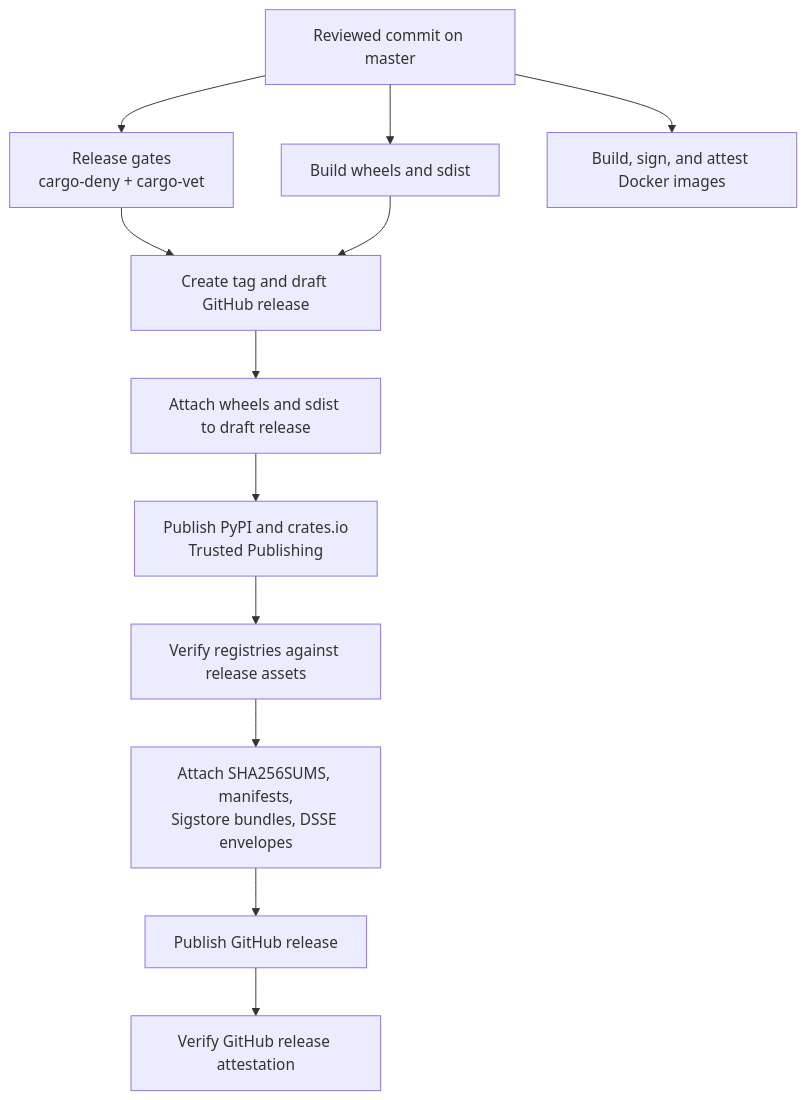
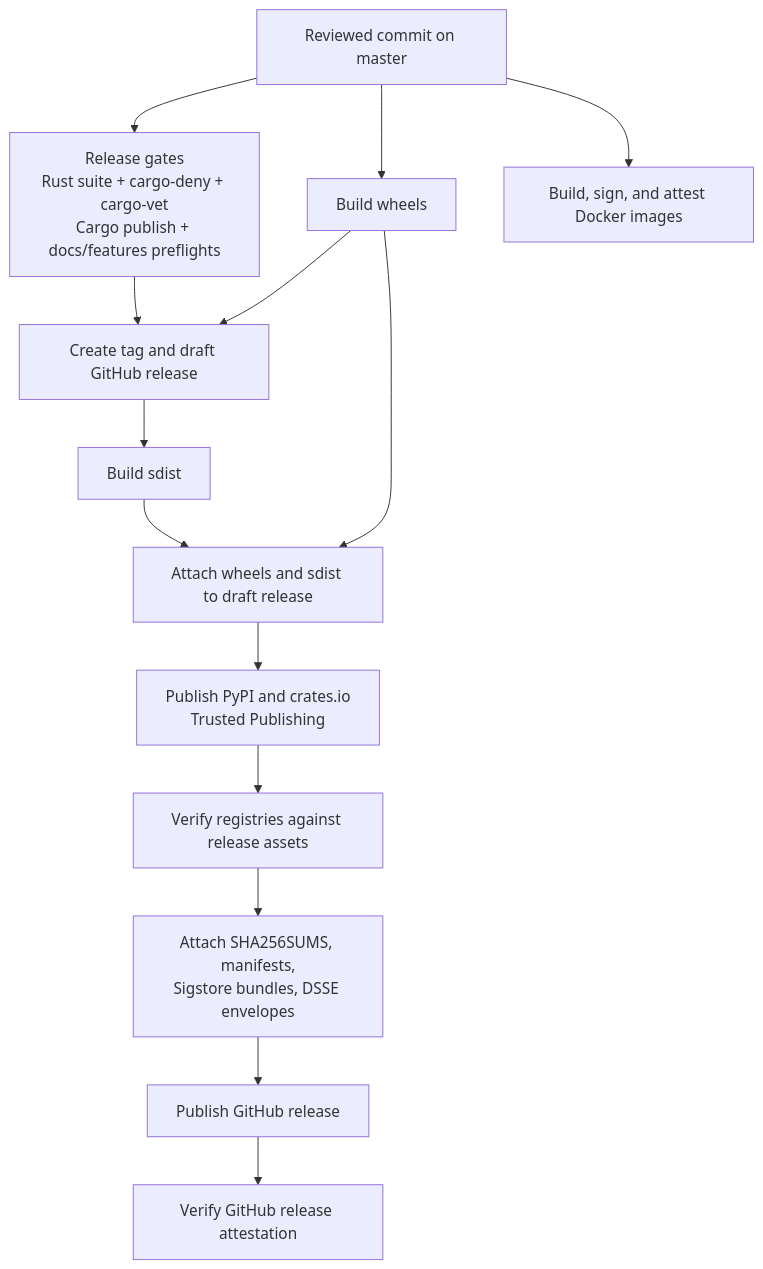
Before and after one commit to nautechsystems/nautilus_trader: the diagram in docs/developer_guide/release_security.md, drawn with Mermaid. The commit also changed other lines of this file and 9 other files, not shown here.

````diff
--- a/docs/developer_guide/release_security.md
+++ b/docs/developer_guide/release_security.md
@@ -75,26 +75,29 @@
 ```mermaid
 flowchart TD
     source["Reviewed commit on master"]
-    gates["Release gates<br/>cargo-deny + cargo-vet"]
-    build["Build wheels and sdist"]
+    gates["Release gates<br/>Rust suite + cargo-deny + cargo-vet<br/>Cargo publish + docs/features preflights"]
+    wheels["Build wheels"]
     draft["Create tag and draft GitHub release"]
+    sdist["Build sdist"]
     assets["Attach wheels and sdist to draft release"]
     registries["Publish PyPI and crates.io<br/>Trusted Publishing"]
     verify["Verify registries against release assets"]
     integrity["Attach SHA256SUMS, manifests,<br/>Sigstore bundles, DSSE envelopes"]
     publish["Publish GitHub release"]
     release_attest["Verify GitHub release attestation"]
     docker["Build, sign, and attest Docker images"]
 
     source --> gates
-    source --> build
+    source --> wheels
     gates --> draft
-    build --> draft
-    draft --> assets
+    wheels --> draft
+    draft --> sdist
+    sdist --> assets
+    wheels --> assets
     assets --> registries
     registries --> verify
     verify --> integrity
     integrity --> publish
     publish --> release_attest
     source --> docker
 ```
````
